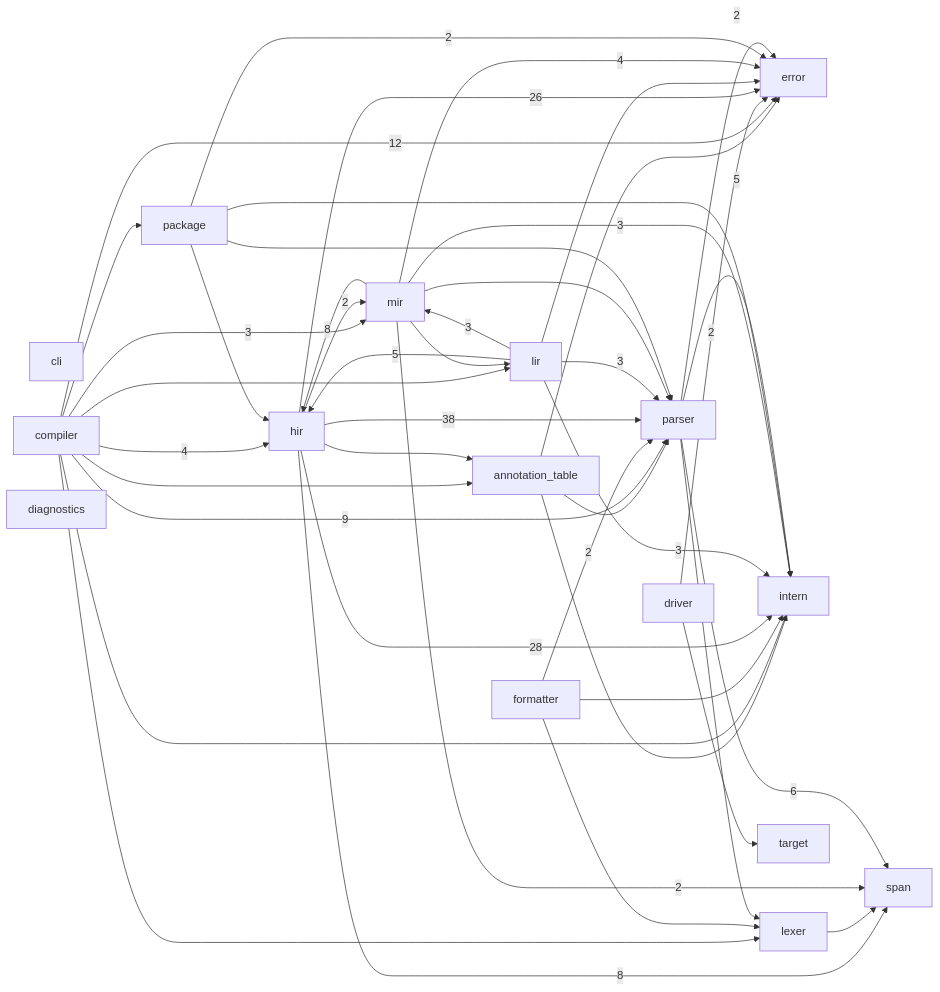
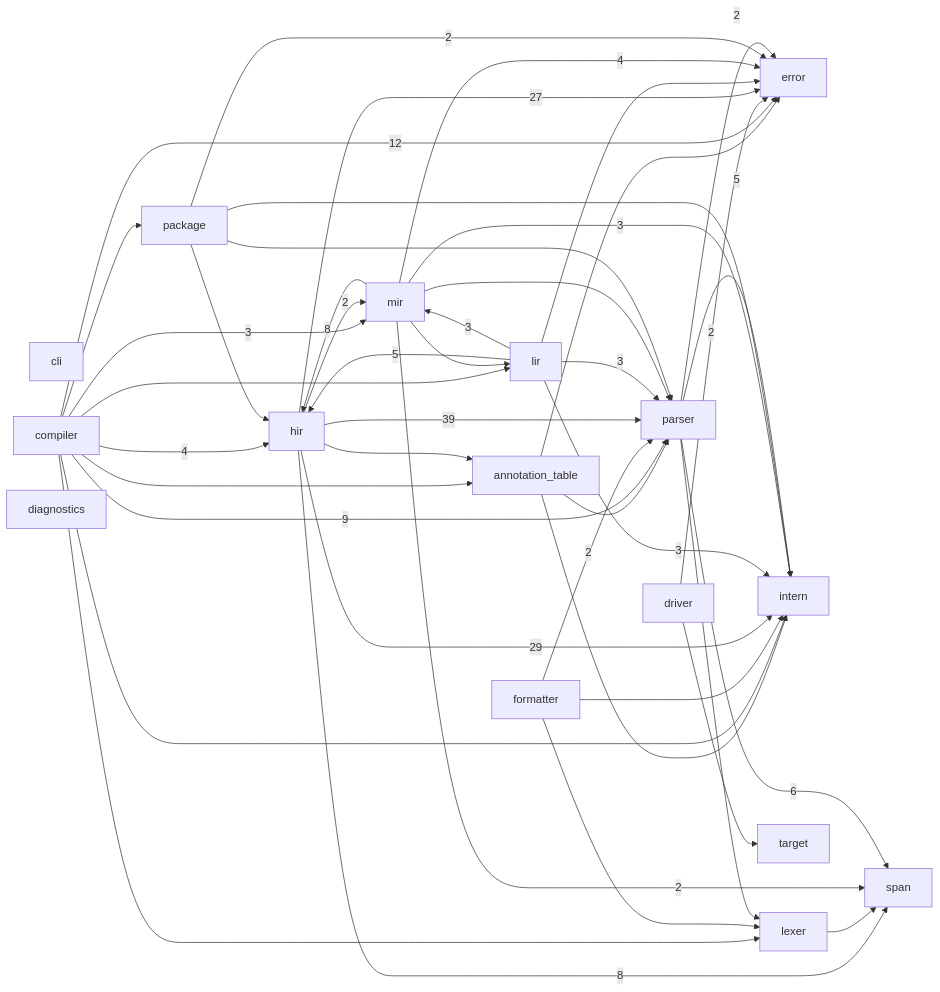
Before and after one commit to ayanami1ei/Ayanami-language: the diagram in docs/module-graph.md, drawn with Mermaid. The commit also changed other lines of this file and 6 other files, not shown here.

````diff
--- a/docs/module-graph.md
+++ b/docs/module-graph.md
@@ -6,62 +6,62 @@
 ```mermaid
 graph LR
     annotation_table
     cli
     compiler
     diagnostics
     driver
     error
     formatter
     hir
     intern
     lexer
     lir
     mir
     package
     parser
     span
     target
     annotation_table --> error
     annotation_table --> intern
     annotation_table --> parser
     compiler --> annotation_table
     compiler -->|12| error
     compiler -->|4| hir
     compiler --> intern
     compiler --> lexer
     compiler --> lir
     compiler -->|3| mir
     compiler --> package
     compiler -->|9| parser
     driver -->|2| error
     driver --> target
     formatter --> intern
     formatter --> lexer
     formatter -->|2| parser
     hir --> annotation_table
-    hir -->|26| error
-    hir -->|28| intern
+    hir -->|27| error
+    hir -->|29| intern
     hir -->|2| mir
-    hir -->|38| parser
+    hir -->|39| parser
     hir -->|8| span
     lexer --> span
     lir --> error
     lir -->|5| hir
     lir -->|3| intern
     lir -->|3| mir
     lir -->|3| parser
     mir -->|4| error
     mir -->|8| hir
     mir -->|3| intern
     mir --> lir
     mir --> parser
     mir -->|2| span
     package -->|2| error
     package --> hir
     package --> intern
     package --> parser
     parser -->|2| error
     parser -->|5| intern
     parser --> lexer
     parser -->|6| span
 ```
````
